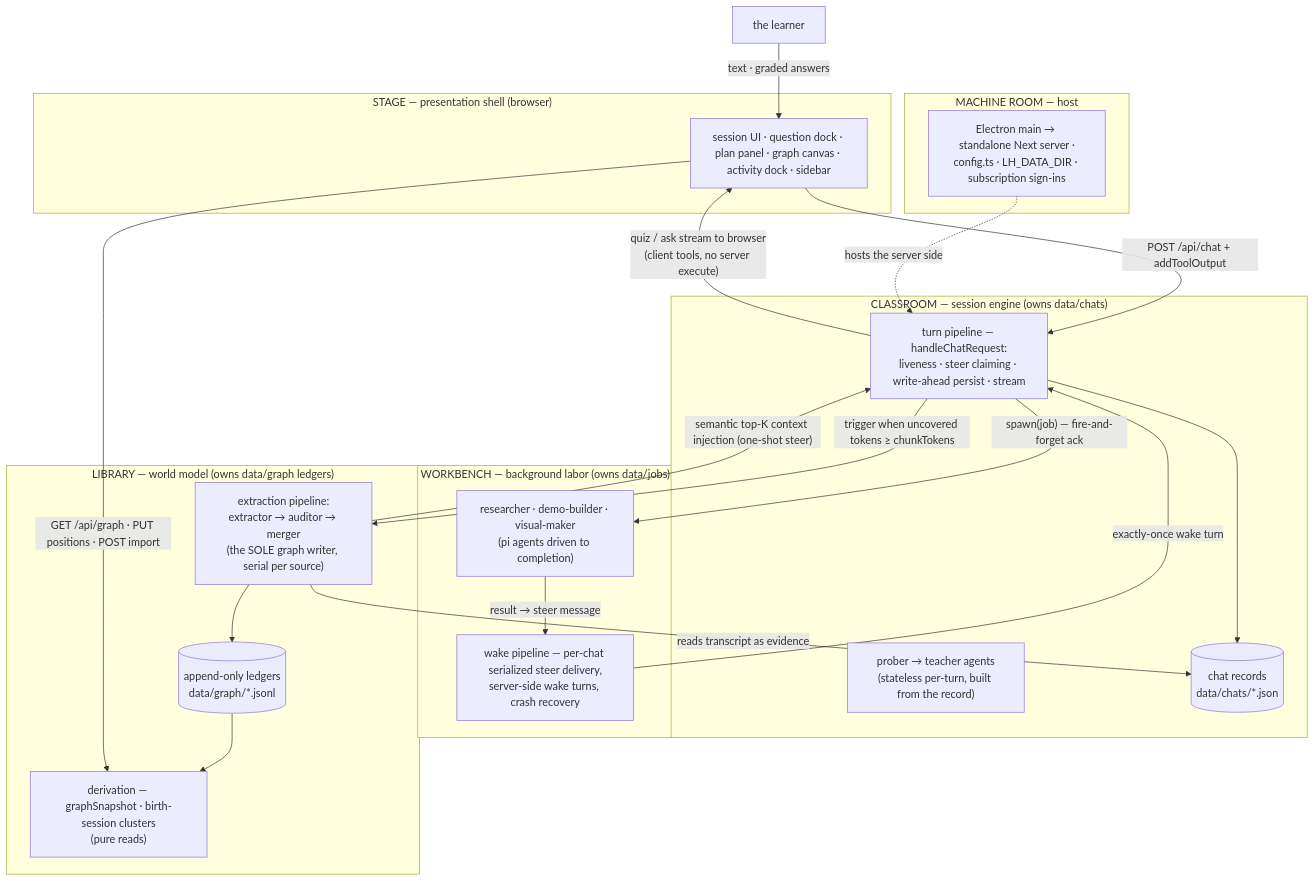
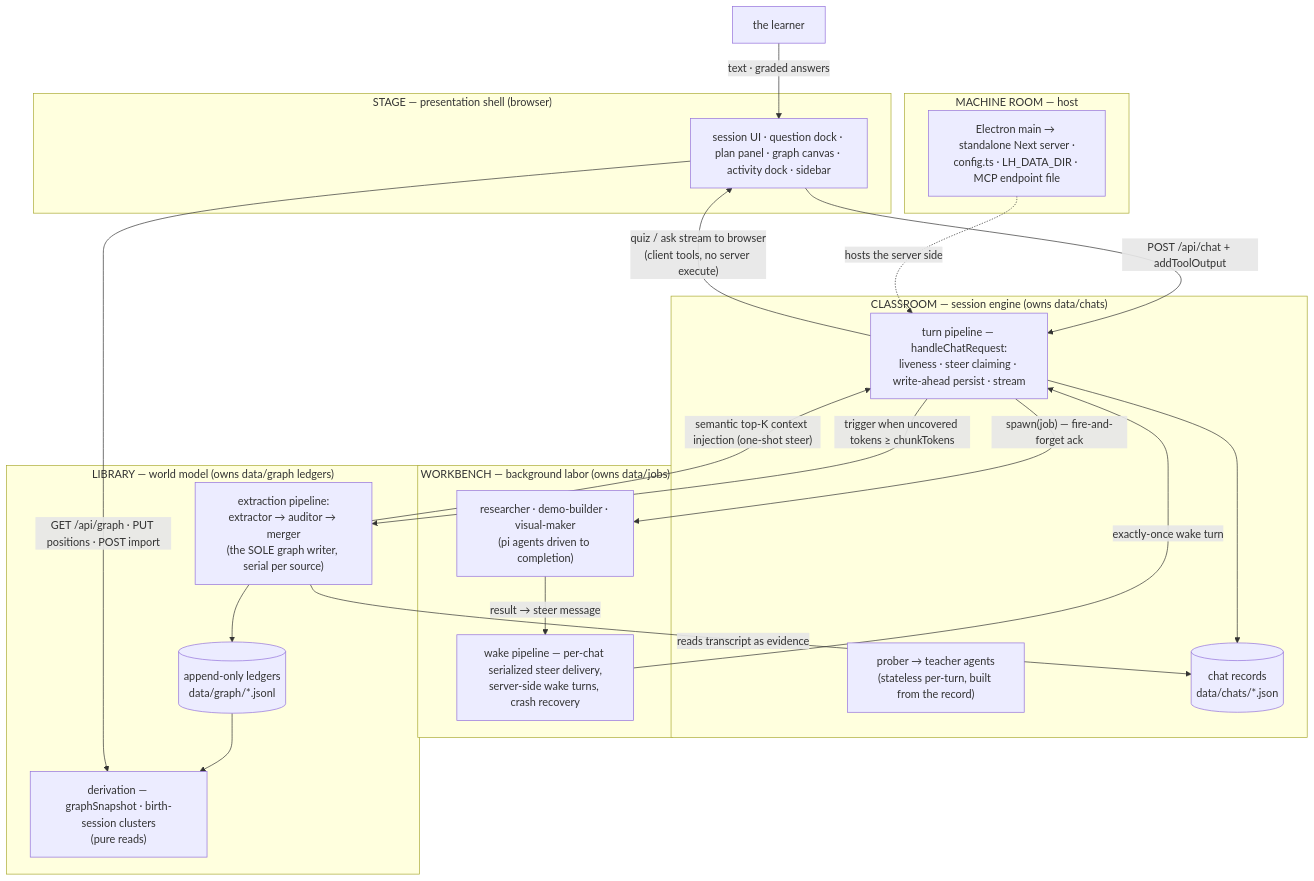
One commit to bayshores/godspeed changed the diagram in docs/development.md. Above: the diagram before and after it, drawn with Mermaid. The commit also changed other lines of this file and 206 other files, not shown here.

````diff
--- a/docs/development.md
+++ b/docs/development.md
@@ -63,44 +51,44 @@
 ```mermaid
 flowchart TB
     LEARNER["the learner"]
 
     subgraph STAGE["STAGE — presentation shell (browser)"]
         UI["session UI · question dock · plan panel · graph canvas · activity dock · sidebar"]
     end
 
     subgraph CLASSROOM["CLASSROOM — session engine (owns data/chats)"]
         TURN["turn pipeline — handleChatRequest:<br/>liveness · steer claiming · write-ahead persist · stream"]
         AGENTS["prober → teacher agents<br/>(stateless per-turn, built from the record)"]
         CHATDATA[("chat records<br/>data/chats/*.json")]
     end
 
     subgraph WORKBENCH["WORKBENCH — background labor (owns data/jobs)"]
         SUBS["researcher · demo-builder · visual-maker<br/>(pi agents driven to completion)"]
         WAKE["wake pipeline — per-chat serialized steer delivery,<br/>server-side wake turns, crash recovery"]
     end
 
     subgraph LIBRARY["LIBRARY — world model (owns data/graph ledgers)"]
         EXTRACT["extraction pipeline:<br/>extractor → auditor → merger<br/>(the SOLE graph writer, serial per source)"]
         DERIVE["derivation — graphSnapshot · birth-session clusters<br/>(pure reads)"]
         LEDG[("append-only ledgers<br/>data/graph/*.jsonl")]
     end
 
     subgraph ROOM["MACHINE ROOM — host"]
-        HOST["Electron main → standalone Next server ·<br/>config.ts · LH_DATA_DIR · subscription sign-ins"]
+        HOST["Electron main → standalone Next server ·<br/>config.ts · LH_DATA_DIR · MCP endpoint file"]
     end
 
     LEARNER -->|"text · graded answers"| UI
     UI -->|"POST /api/chat + addToolOutput"| TURN
     TURN -->|"quiz / ask stream to browser<br/>(client tools, no server execute)"| UI
     TURN --> CHATDATA
     TURN -->|"spawn(job) — fire-and-forget ack"| SUBS
     SUBS -->|"result → steer message"| WAKE
     WAKE -->|"exactly-once wake turn"| TURN
     TURN -->|"trigger when uncovered tokens ≥ chunkTokens"| EXTRACT
     EXTRACT -->|"reads transcript as evidence"| CHATDATA
     EXTRACT --> LEDG
     EXTRACT -->|"semantic top-K context injection (one-shot steer)"| TURN
     LEDG --> DERIVE
     UI -->|"GET /api/graph · PUT positions · POST import"| DERIVE
     HOST -.->|"hosts the server side"| TURN
 ```
````
